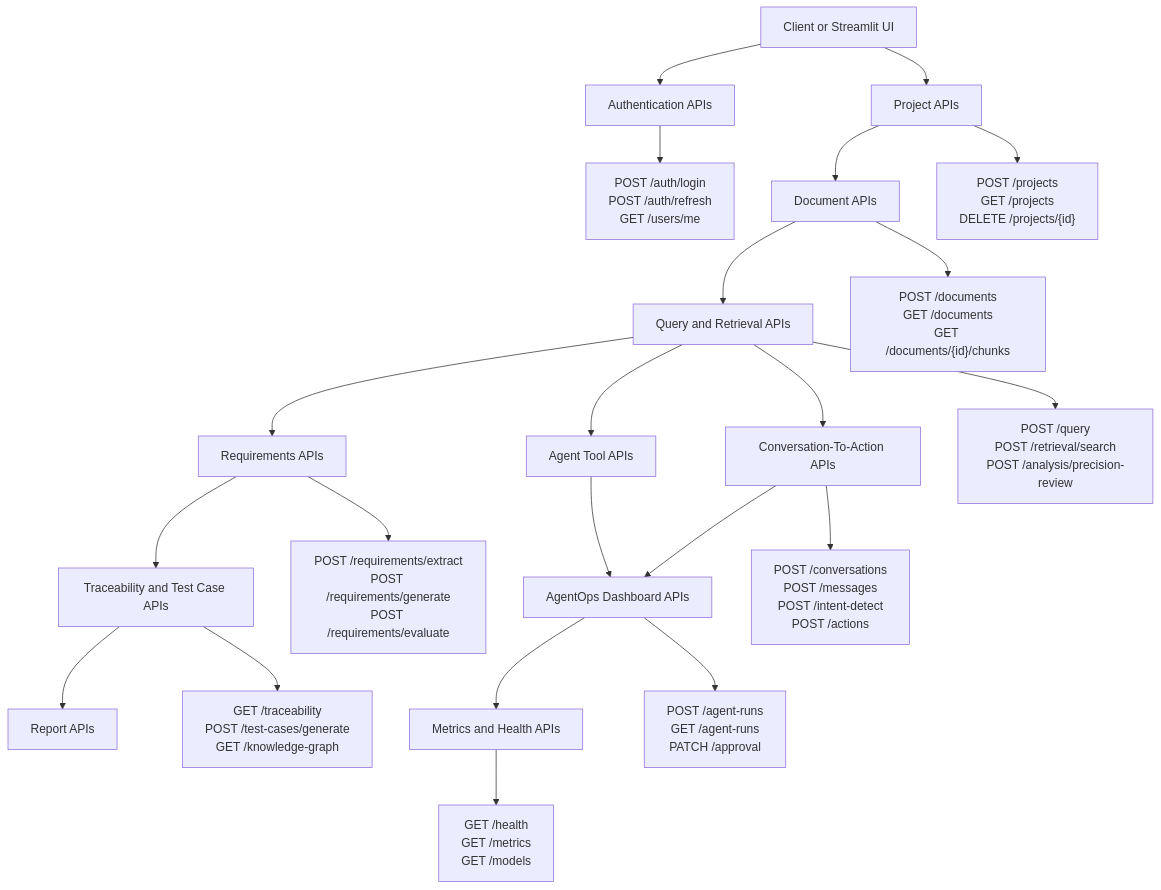
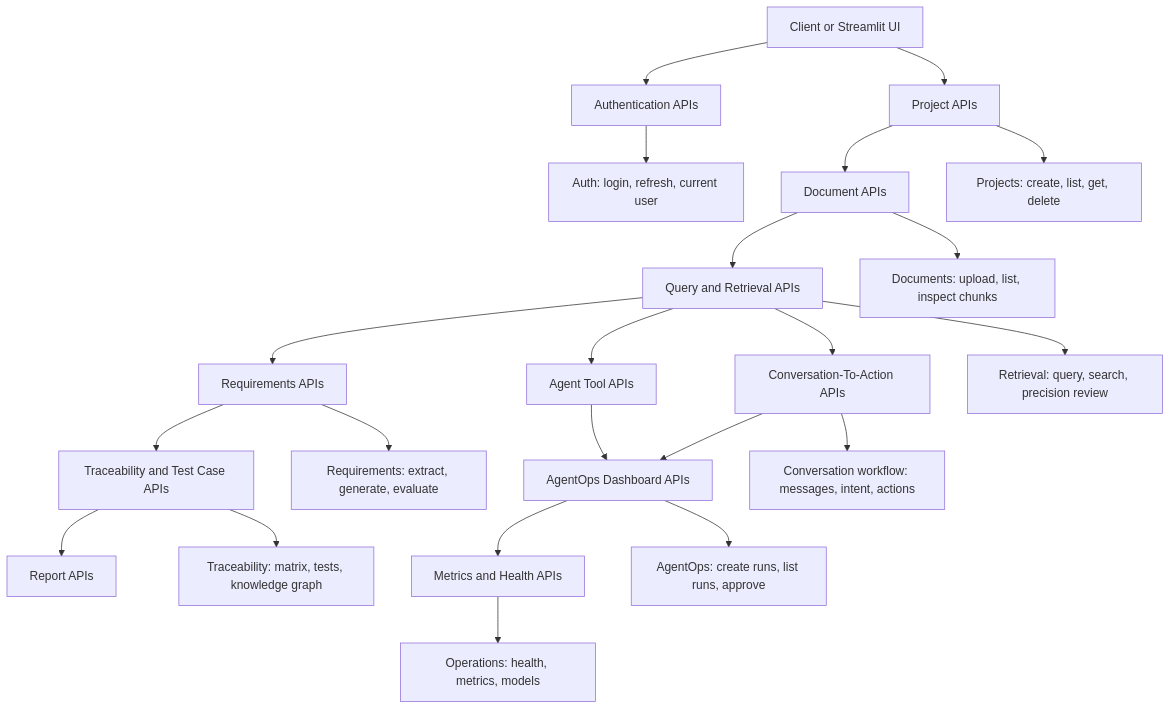
One commit to chz2010/Agentic_Document_AI_Platform_for_Safety_Engineering changed the sixth of 10 diagrams in README.md. Above: the diagram before and after it, drawn with Mermaid. The commit also changed other lines of this file, not shown here.

Commit message:
Fix README Mermaid diagrams

````diff
--- a/README.md
+++ b/README.md
@@ -251,25 +263,25 @@
 ```mermaid
 flowchart TD
     A[Client or Streamlit UI] --> B[Authentication APIs]
     A --> C[Project APIs]
     C --> D[Document APIs]
     D --> E[Query and Retrieval APIs]
     E --> F[Requirements APIs]
     F --> G[Traceability and Test Case APIs]
     G --> H[Report APIs]
     E --> I[Agent Tool APIs]
     E --> L[Conversation-To-Action APIs]
     L --> J
     I --> J[AgentOps Dashboard APIs]
     J --> K[Metrics and Health APIs]
 
-    B --> B1["POST /auth/login<br/>POST /auth/refresh<br/>GET /users/me"]
-    C --> C1["POST /projects<br/>GET /projects<br/>DELETE /projects/{id}"]
-    D --> D1["POST /documents<br/>GET /documents<br/>GET /documents/{id}/chunks"]
-    E --> E1["POST /query<br/>POST /retrieval/search<br/>POST /analysis/precision-review"]
-    F --> F1["POST /requirements/extract<br/>POST /requirements/generate<br/>POST /requirements/evaluate"]
-    G --> G1["GET /traceability<br/>POST /test-cases/generate<br/>GET /knowledge-graph"]
-    L --> L1["POST /conversations<br/>POST /messages<br/>POST /intent-detect<br/>POST /actions"]
-    J --> J1["POST /agent-runs<br/>GET /agent-runs<br/>PATCH /approval"]
-    K --> K1["GET /health<br/>GET /metrics<br/>GET /models"]
+    B --> B1["Auth: login, refresh, current user"]
+    C --> C1["Projects: create, list, get, delete"]
+    D --> D1["Documents: upload, list, inspect chunks"]
+    E --> E1["Retrieval: query, search, precision review"]
+    F --> F1["Requirements: extract, generate, evaluate"]
+    G --> G1["Traceability: matrix, tests, knowledge graph"]
+    L --> L1["Conversation workflow: messages, intent, actions"]
+    J --> J1["AgentOps: create runs, list runs, approve"]
+    K --> K1["Operations: health, metrics, models"]
 ```
````
